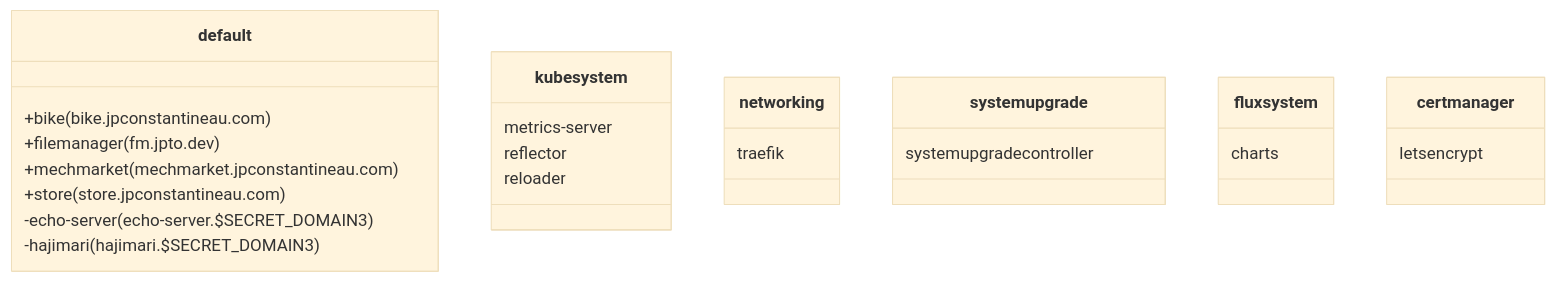
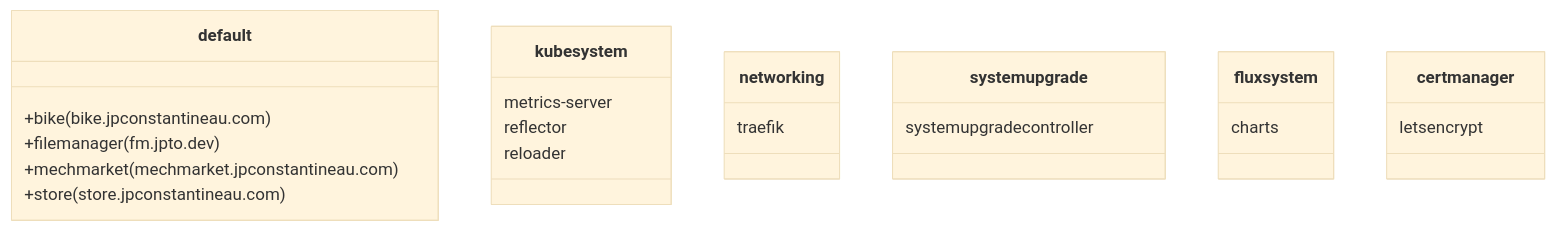
One commit to jpconstantineau/k8s-clusters changed the second of 6 diagrams in README.md. Above: the diagram before and after it, drawn with Mermaid (base theme). The commit also changed other lines of this file and 2 other files, not shown here.

````diff
--- a/README.md
+++ b/README.md
@@ -22,28 +22,26 @@
 ``` mermaid
 classDiagram
 class default{
     +bike (bike.jpconstantineau.com)
     +filemanager (fm.jpto.dev)
     +mechmarket (mechmarket.jpconstantineau.com)
     +store (store.jpconstantineau.com)
-    -echo-server (echo-server.$SECRET_DOMAIN3)
-    -hajimari (hajimari.$SECRET_DOMAIN3)
 }
 class kubesystem{
     metrics-server
     reflector
     reloader
 }
 class networking{
     traefik
 }
 class systemupgrade{
     systemupgradecontroller
 }
 class fluxsystem{
   charts
 }
 class certmanager{
   letsencrypt
 }
 ```
````
